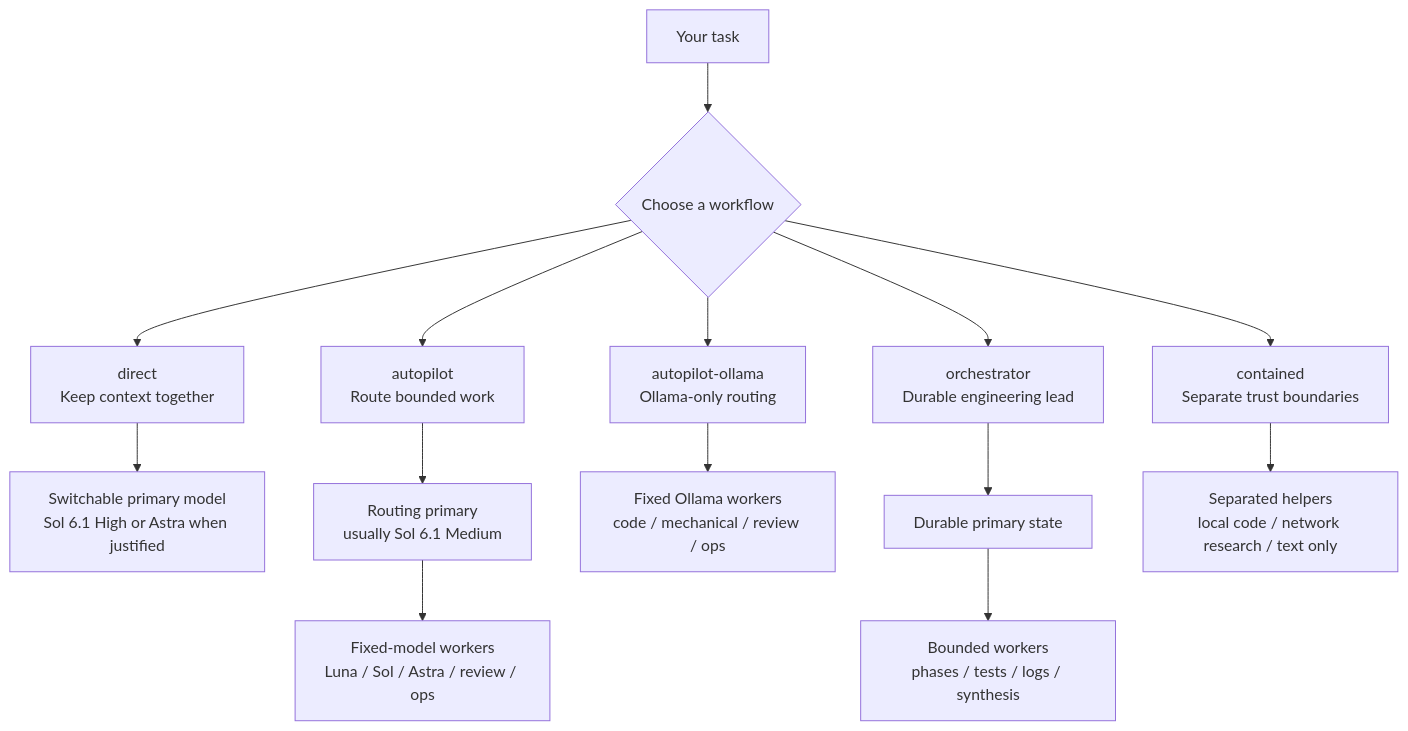
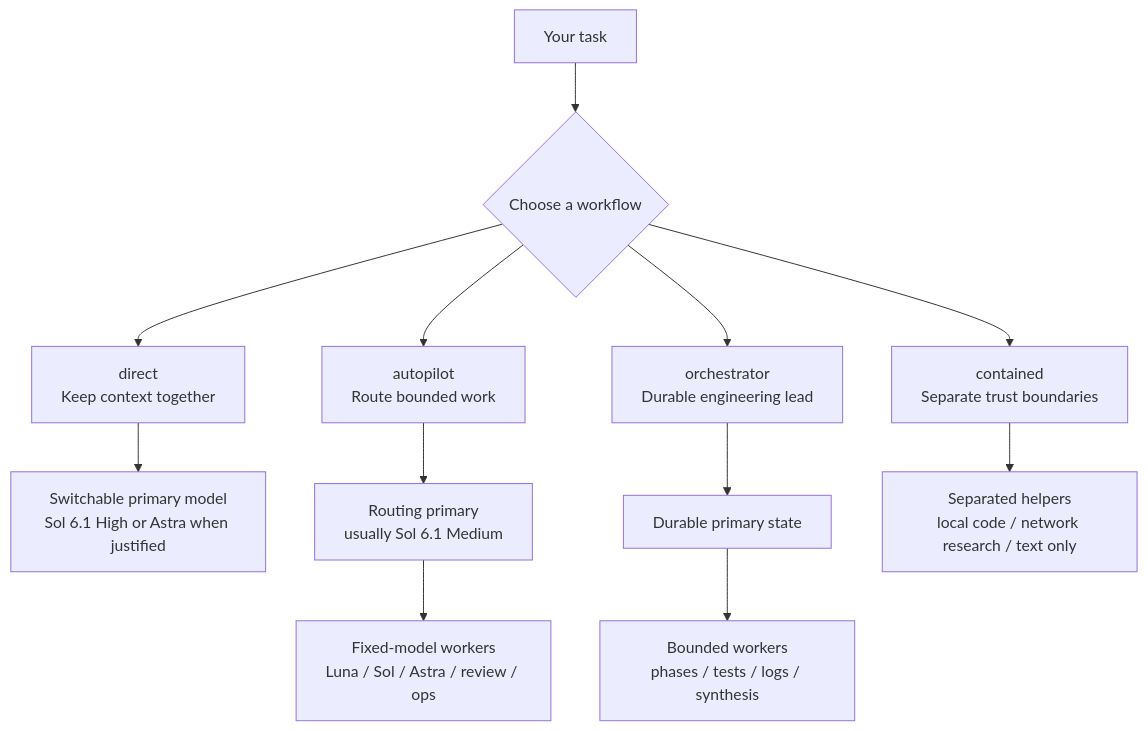
The diagram in README.md (christian-taillon/opencode-agents), drawn with Mermaid before and after one commit. The commit also changed other lines of this file and 7 other files, not shown here.

````diff
--- a/README.md
+++ b/README.md
@@ -17,22 +17,20 @@
 ```mermaid
 flowchart TD
     T["Your task"] --> W{"Choose a workflow"}
 
     W --> D["direct<br/>Keep context together"]
     W --> A["autopilot<br/>Route bounded work"]
-    W --> AO["autopilot-ollama<br/>Ollama-only routing"]
     W --> O["orchestrator<br/>Durable engineering lead"]
     W --> C["contained<br/>Separate trust boundaries"]
 
     D --> P["Switchable primary model<br/>Sol 6.1 High or Astra when justified"]
 
     A --> R["Routing primary<br/>usually Sol 6.1 Medium"]
     R --> F["Fixed-model workers<br/>Luna / Sol / Astra / review / ops"]
 
-    AO --> OR["Fixed Ollama workers<br/>code / mechanical / review / ops"]
 
     O --> DS["Durable primary state"]
     DS --> BW["Bounded workers<br/>phases / tests / logs / synthesis"]
 
     C --> TB["Separated helpers<br/>local code / network research / text only"]
 ```
````
